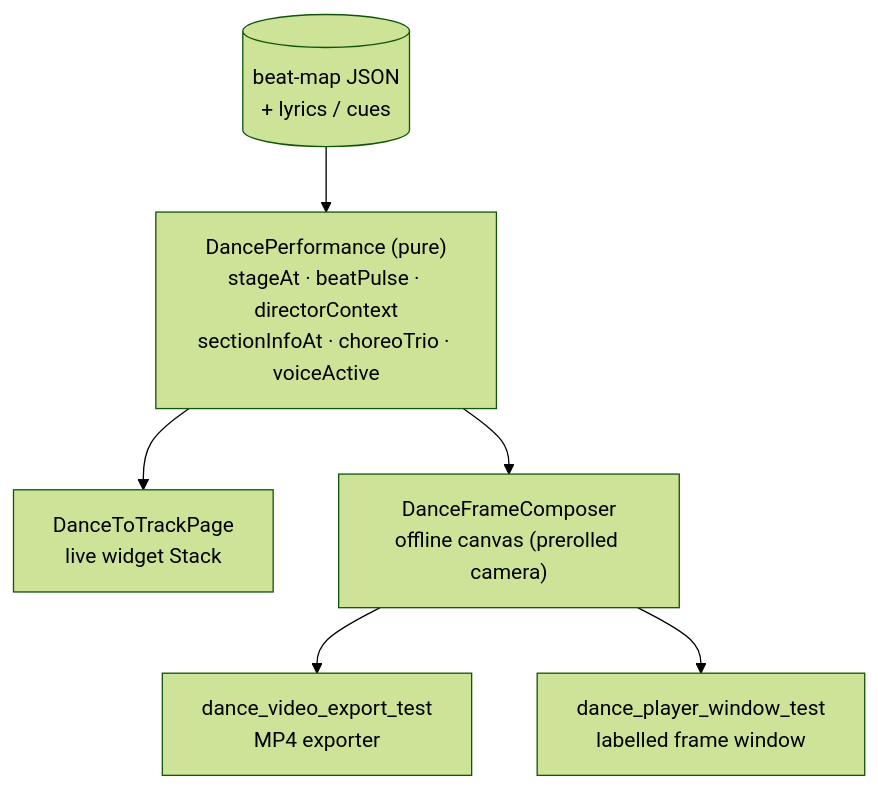
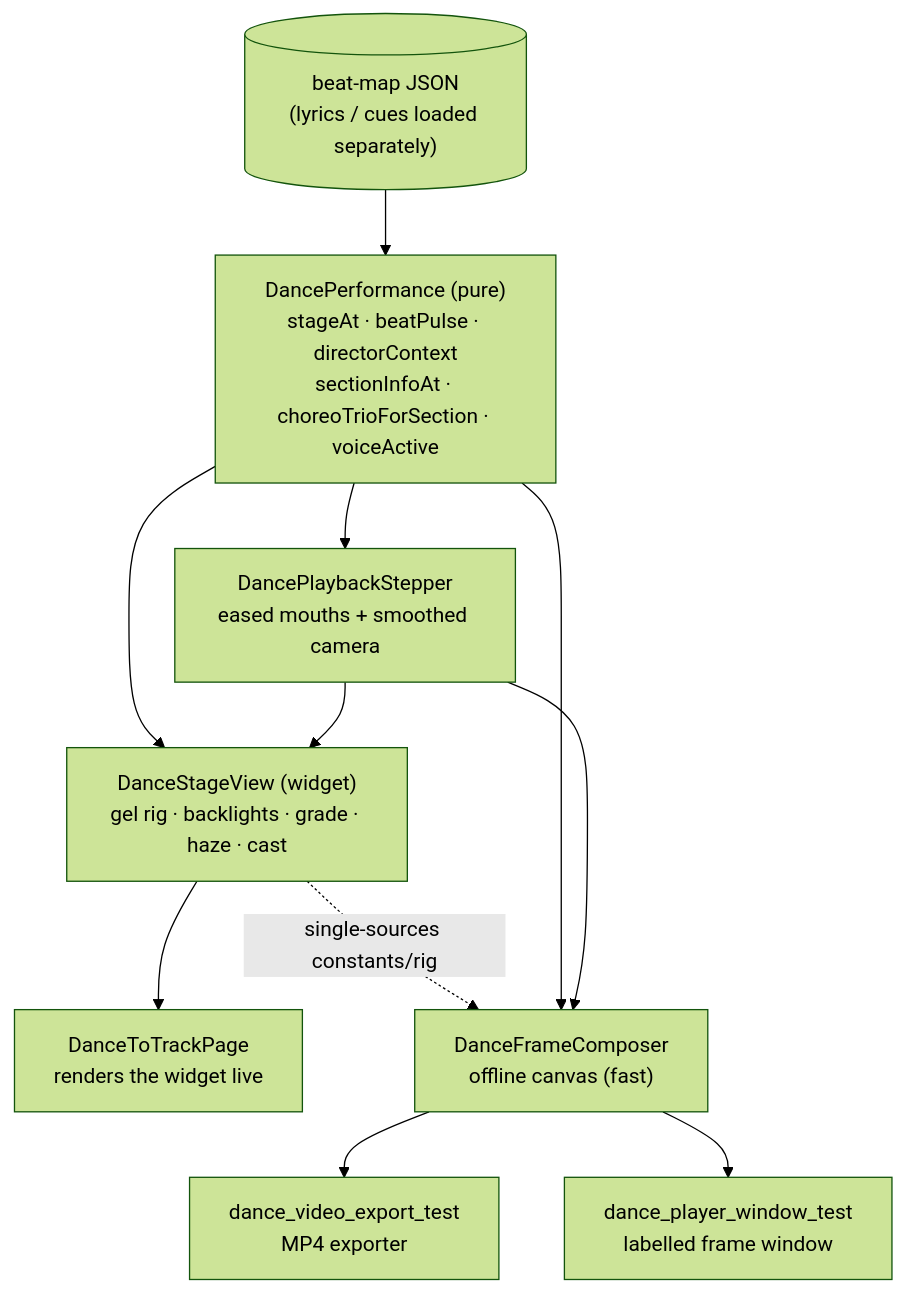
The seventh of 7 diagrams in lib/features/character/README.md (matthiasn/lotti), drawn with Mermaid (forest theme) before and after one commit. The commit also changed other lines of this file and 4 other files, not shown here.

````diff
--- a/lib/features/character/README.md
+++ b/lib/features/character/README.md
@@ -726,9 +734,14 @@
 ```mermaid
 flowchart TD
-  json[("beat-map JSON<br/>+ lyrics / cues")] --> perf
-  perf["DancePerformance (pure)<br/>stageAt · beatPulse · directorContext<br/>sectionInfoAt · choreoTrio · voiceActive"]
-  perf --> player["DanceToTrackPage<br/>live widget Stack"]
-  perf --> composer["DanceFrameComposer<br/>offline canvas (prerolled camera)"]
+  json[("beat-map JSON<br/>(lyrics / cues loaded separately)")] --> perf
+  perf["DancePerformance (pure)<br/>stageAt · beatPulse · directorContext<br/>sectionInfoAt · choreoTrioForSection · voiceActive"]
+  perf --> stepper["DancePlaybackStepper<br/>eased mouths + smoothed camera"]
+  perf --> view["DanceStageView (widget)<br/>gel rig · backlights · grade · haze · cast"]
+  stepper --> view
+  view --> player["DanceToTrackPage<br/>renders the widget live"]
+  view -. single-sources constants/rig .-> composer["DanceFrameComposer<br/>offline canvas (fast)"]
+  perf --> composer
+  stepper --> composer
   composer --> export["dance_video_export_test<br/>MP4 exporter"]
   composer --> window["dance_player_window_test<br/>labelled frame window"]
 ```
````
